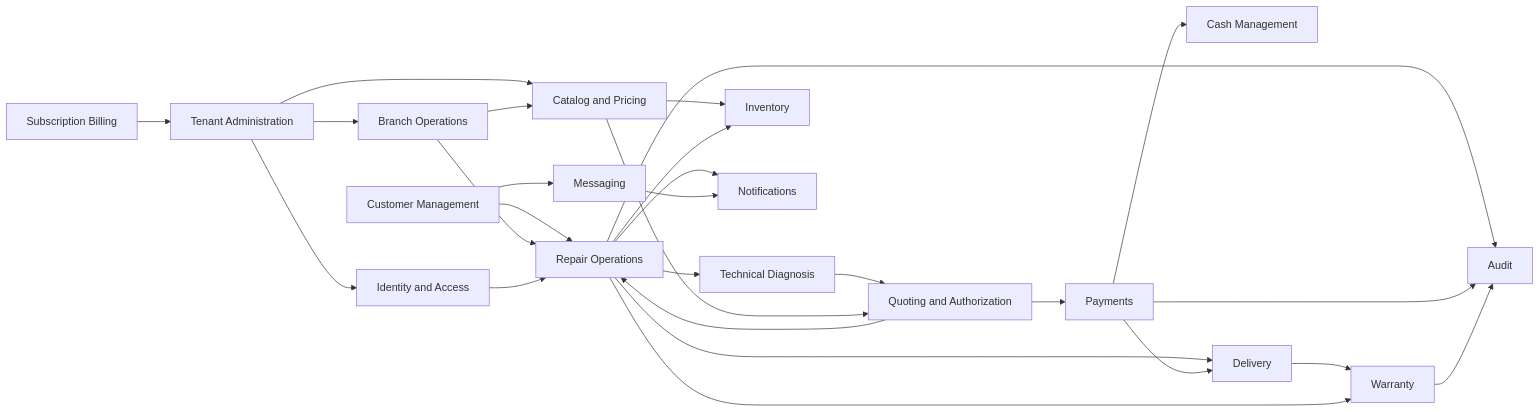
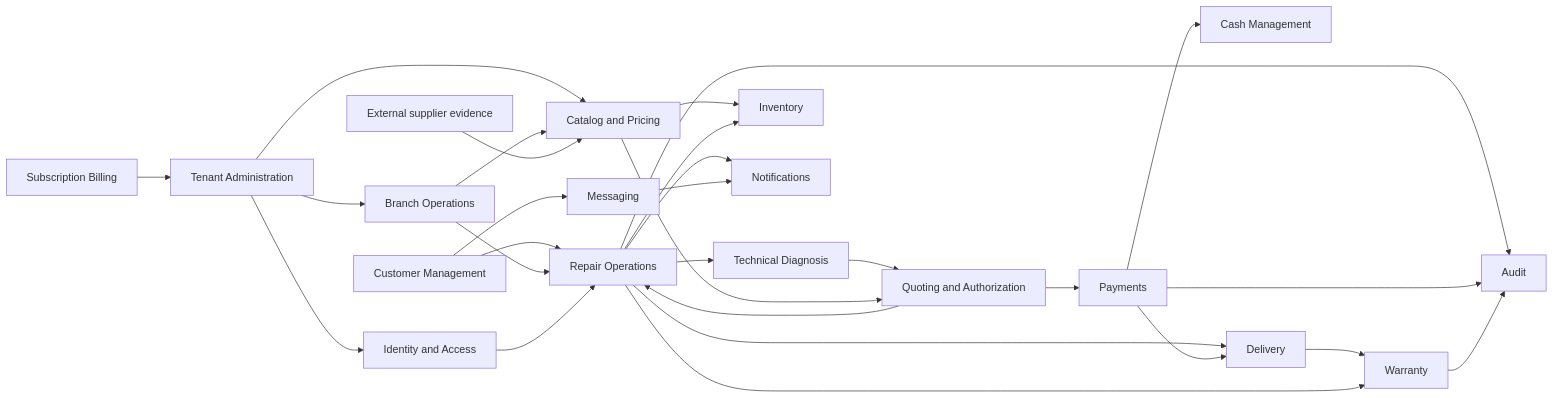
The diagram in docs/domain/CONTEXT_RELATIONSHIPS.md (luisgtzaviles/SrTaller-2.0), drawn with Mermaid before and after one commit. The commit also changed other lines of this file and 30 other files, not shown here.

```diff
--- a/docs/domain/CONTEXT_RELATIONSHIPS.md
+++ b/docs/domain/CONTEXT_RELATIONSHIPS.md
@@ -15,29 +15,30 @@
 ~~~mermaid
 flowchart LR
     Tenant[Tenant Administration] --> Branch[Branch Operations]
     Tenant --> IAM[Identity and Access]
     Customer[Customer Management] --> Repair[Repair Operations]
     Branch --> Repair
     IAM --> Repair
     Repair --> Diagnosis[Technical Diagnosis]
     Diagnosis --> Quote[Quoting and Authorization]
     Tenant --> Catalog[Catalog and Pricing]
     Branch --> Catalog
+    SupplierEvidence[External supplier evidence] --> Catalog
     Catalog --> Quote
     Catalog --> Inventory
     Quote --> Repair
     Repair --> Inventory[Inventory]
     Quote --> Payments[Payments]
     Payments --> Cash[Cash Management]
     Repair --> Delivery[Delivery]
     Payments --> Delivery
     Delivery --> Warranty[Warranty]
     Repair --> Warranty
     Customer --> Messaging[Messaging]
     Repair --> Notifications[Notifications]
     Messaging --> Notifications
     Subscription[Subscription Billing] --> Tenant
     Repair --> Audit[Audit]
     Payments --> Audit
     Warranty --> Audit
 ~~~
```
